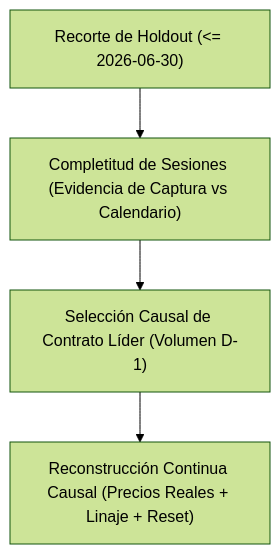
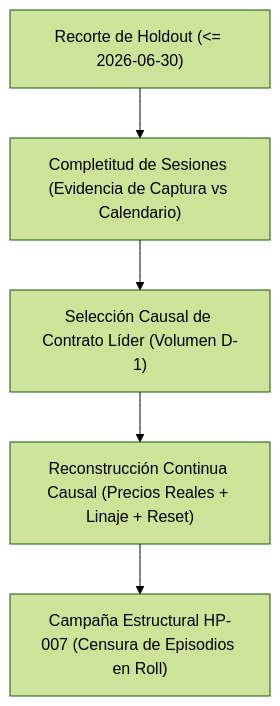
Before and after one commit to Nicodelcampo/EdgeLab: the diagram in docs/research/UNIVERSAL_CONTRACT_REGIME_V2_SPEC_2026-09-15.md, drawn with Mermaid (forest theme). The commit also changed other lines of this file and 5 other files, not shown here.

````diff
--- a/docs/research/UNIVERSAL_CONTRACT_REGIME_V2_SPEC_2026-09-15.md
+++ b/docs/research/UNIVERSAL_CONTRACT_REGIME_V2_SPEC_2026-09-15.md
@@ -18,6 +21,7 @@
 ```mermaid
 graph TD
     A["Recorte de Holdout (<= 2026-06-30)"] --> B["Completitud de Sesiones (Evidencia de Captura vs Calendario)"]
     B --> C["Selección Causal de Contrato Líder (Volumen D-1)"]
     C --> D["Reconstrucción Continua Causal (Precios Reales + Linaje + Reset)"]
+    D --> E["Campaña Estructural HP-007 (Censura de Episodios en Roll)"]
 ```
````
